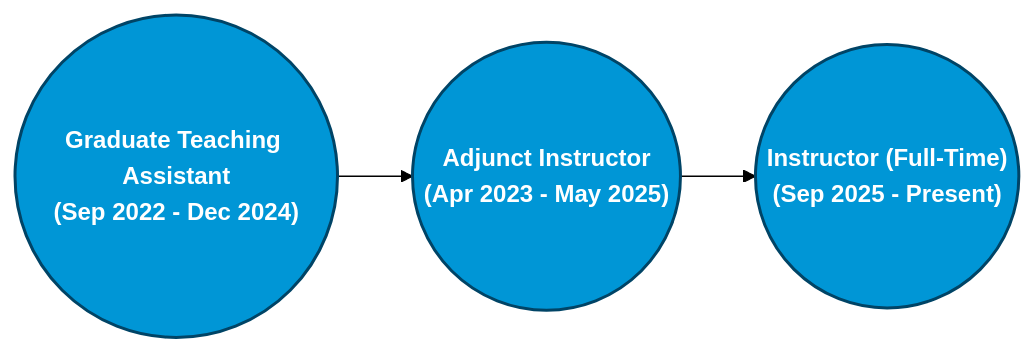
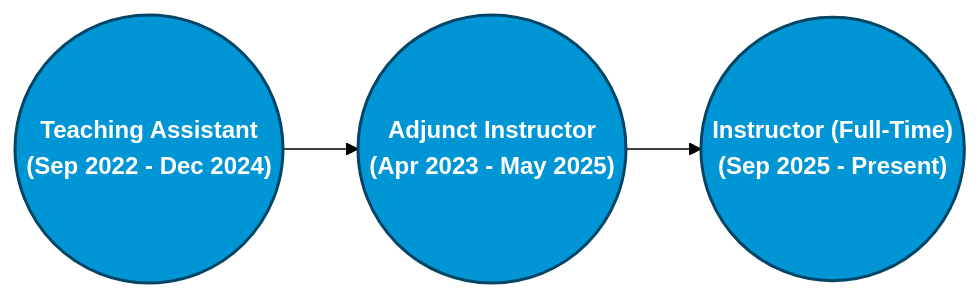
One commit to srsapireddy/srsapireddy.github.io changed the diagram in _pages/teaching.md. Above: the diagram before and after it, drawn with Mermaid (forest theme).

```diff
--- a/_pages/teaching.md
+++ b/_pages/teaching.md
@@ -9,9 +9,9 @@
 <div class="mermaid">
 graph LR
-  A(("Graduate Teaching Assistant<br>(Sep 2022 - Dec 2024)")) --> B(("Adjunct Instructor<br>(Apr 2023 - May 2025)"))
+  A(("Teaching Assistant<br>(Sep 2022 - Dec 2024)")) --> B(("Adjunct Instructor<br>(Apr 2023 - May 2025)"))
   B --> C(("Instructor (Full-Time)<br>(Sep 2025 - Present)"))
 
   %% Styling
   classDef role fill:#0096d6,stroke:#004466,stroke-width:2px,color:#fff,font-weight:bold;
   class A,B,C role;
 </div>
```
